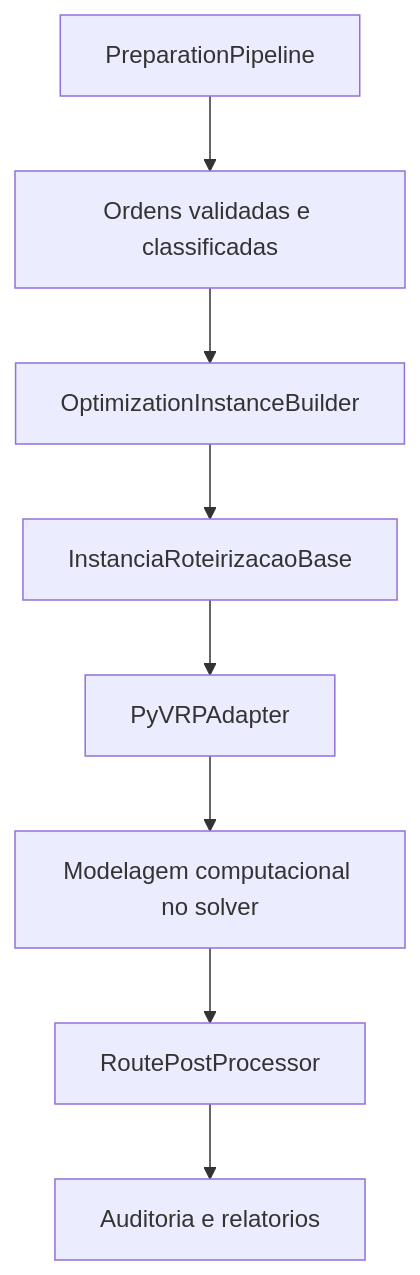
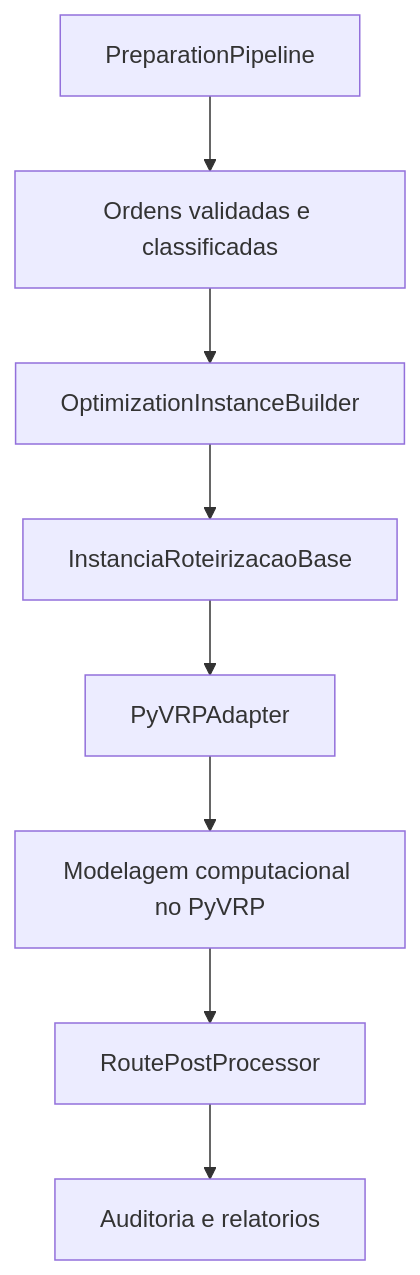
One commit to ThiagoBibiano/aredes-roteirizacao-numerario changed the third of 3 diagrams in docs/formulacao-matematica.md. Above: the diagram before and after it, drawn with Mermaid. The commit also changed other lines of this file, not shown here.

````diff
--- a/docs/formulacao-matematica.md
+++ b/docs/formulacao-matematica.md
@@ -402,10 +575,10 @@
 ```mermaid
 flowchart TD
     A[PreparationPipeline] --> B[Ordens validadas e classificadas]
     B --> C[OptimizationInstanceBuilder]
     C --> D[InstanciaRoteirizacaoBase]
     D --> E[PyVRPAdapter]
-    E --> F[Modelagem computacional no solver]
+    E --> F[Modelagem computacional no PyVRP]
     F --> G[RoutePostProcessor]
     G --> H[Auditoria e relatorios]
 ```
````
